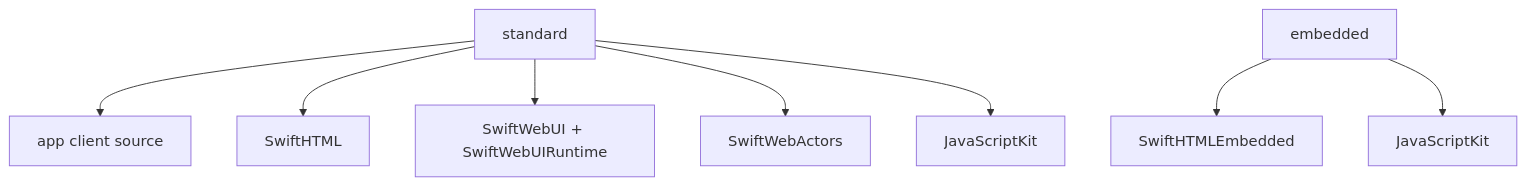
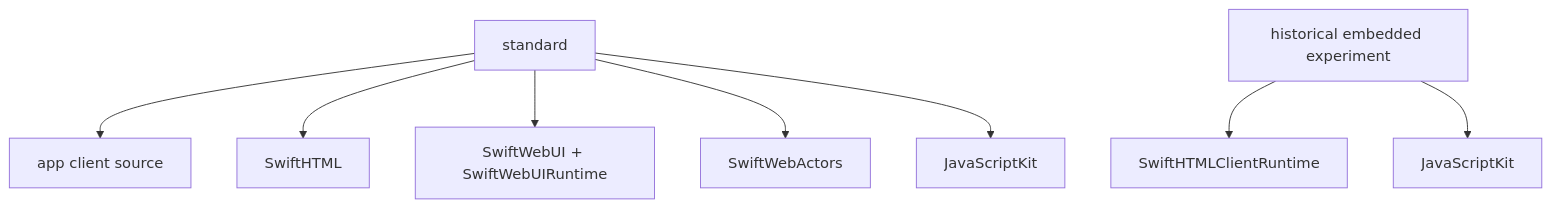
Before and after one commit to 1amageek/swift-web: the third of 3 diagrams in docs/EmbeddedWasmRuntimeReport.md, drawn with Mermaid. The commit also changed other lines of this file and 354 other files, not shown here.

````diff
--- a/docs/EmbeddedWasmRuntimeReport.md
+++ b/docs/EmbeddedWasmRuntimeReport.md
@@ -113,10 +105,10 @@
 ```mermaid
 flowchart TD
   Standard["standard"] --> AppClient["app client source"]
   Standard --> FullHTML["SwiftHTML"]
   Standard --> UI["SwiftWebUI + SwiftWebUIRuntime"]
   Standard --> Actors["SwiftWebActors"]
   Standard --> JSK["JavaScriptKit"]
-  Embedded["embedded"] --> EmbeddedHTML["SwiftHTMLEmbedded"]
-  Embedded --> JSK2["JavaScriptKit"]
+  Historical["historical embedded experiment"] --> ClientRuntime["SwiftHTMLClientRuntime"]
+  Historical --> JSK2["JavaScriptKit"]
 ```
````
